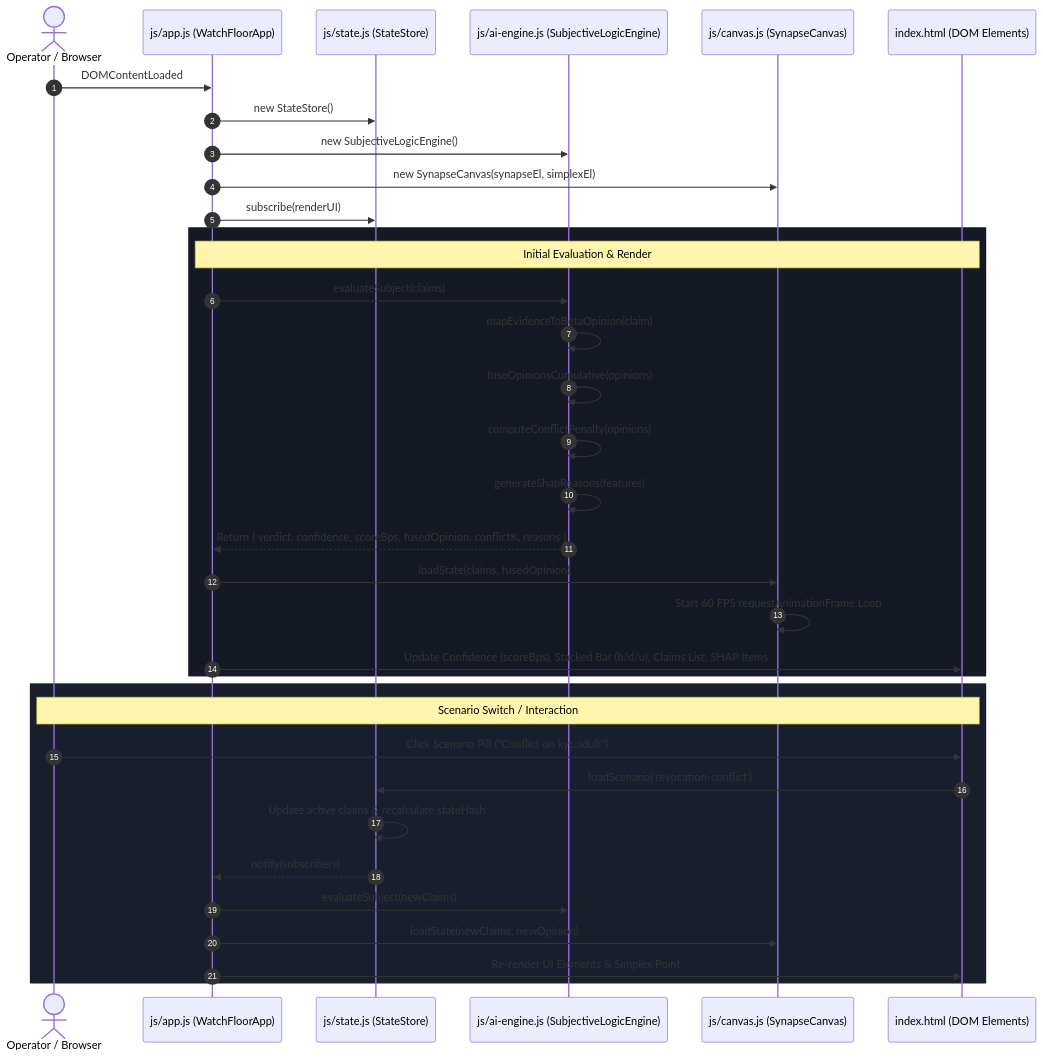
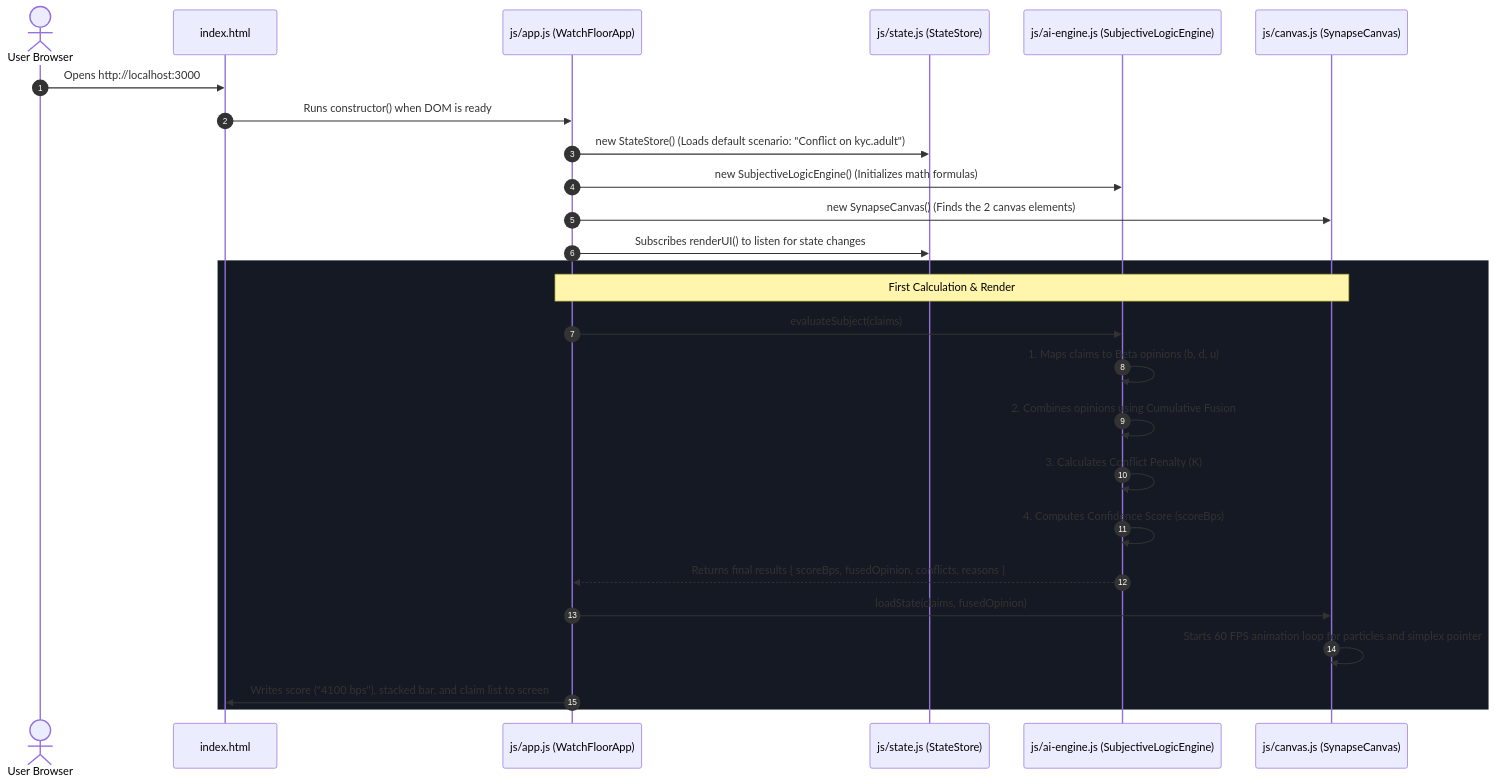
One commit to Raghavan2005/chainmind-synapse changed the diagram in document.md. Above: the diagram before and after it, drawn with Mermaid. The commit also changed other lines of this file and 1 other file, not shown here.

Commit message:
docs: rewrite decision.md and document.md in clear beginner-friendly English with plain definitions and data flow map

````diff
--- a/document.md
+++ b/document.md
@@ -27,40 +28,30 @@
 ```mermaid
 sequenceDiagram
     autonumber
-    actor User as Operator / Browser
+    actor User as User Browser
+    participant HTML as index.html
     participant App as js/app.js (WatchFloorApp)
     participant State as js/state.js (StateStore)
-    participant Engine as js/ai-engine.js (SubjectiveLogicEngine)
+    participant Brain as js/ai-engine.js (SubjectiveLogicEngine)
     participant Canvas as js/canvas.js (SynapseCanvas)
-    participant DOM as index.html (DOM Elements)
 
-    User->>App: DOMContentLoaded
-    App->>State: new StateStore()
-    App->>Engine: new SubjectiveLogicEngine()
-    App->>Canvas: new SynapseCanvas(synapseEl, simplexEl)
-    App->>State: subscribe(renderUI)
+    User->>HTML: Opens http://localhost:3000
+    HTML->>App: Runs constructor() when DOM is ready
+    App->>State: new StateStore() (Loads default scenario: "Conflict on kyc.adult")
+    App->>Brain: new SubjectiveLogicEngine() (Initializes math formulas)
+    App->>Canvas: new SynapseCanvas() (Finds the 2 canvas elements)
+    App->>State: Subscribes renderUI() to listen for state changes
     
     rect rgb(20, 25, 35)
-        Note over App,DOM: Initial Evaluation & Render
-        App->>Engine: evaluateSubject(claims)
-        Engine->>Engine: mapEvidenceToBetaOpinion(claim)
-        Engine->>Engine: fuseOpinionsCumulative(opinions)
-        Engine->>Engine: computeConflictPenalty(opinions)
-        Engine->>Engine: generateShapReasons(features)
-        Engine-->>App: Return { verdict, confidence, scoreBps, fusedOpinion, conflictK, reasons }
+        Note over App,Canvas: First Calculation & Render
+        App->>Brain: evaluateSubject(claims)
+        Brain->>Brain: 1. Maps claims to Beta opinions (b, d, u)
+        Brain->>Brain: 2. Combines opinions using Cumulative Fusion
+        Brain->>Brain: 3. Calculates Conflict Penalty (K)
+        Brain->>Brain: 4. Computes Confidence Score (scoreBps)
+        Brain-->>App: Returns final results { scoreBps, fusedOpinion, conflicts, reasons }
         App->>Canvas: loadState(claims, fusedOpinion)
-        Canvas->>Canvas: Start 60 FPS requestAnimationFrame Loop
-        App->>DOM: Update Confidence (scoreBps), Stacked Bar (b/d/u), Claims List, SHAP Items
-    end
-
-    rect rgb(25, 30, 45)
-        Note over User,DOM: Scenario Switch / Interaction
-        User->>DOM: Click Scenario Pill ("Conflict on kyc.adult")
-        DOM->>State: loadScenario('revocation-conflict')
-        State->>State: Update active claims & recalculate stateHash
-        State-->>App: notify(subscribers)
-        App->>Engine: evaluateSubject(newClaims)
-        App->>Canvas: loadState(newClaims, newOpinion)
-        App->>DOM: Re-render UI Elements & Simplex Point
+        Canvas->>Canvas: Starts 60 FPS animation loop for particles and simplex pointer
+        App->>HTML: Writes score ("4100 bps"), stacked bar, and claim list to screen
     end
 ```
````
